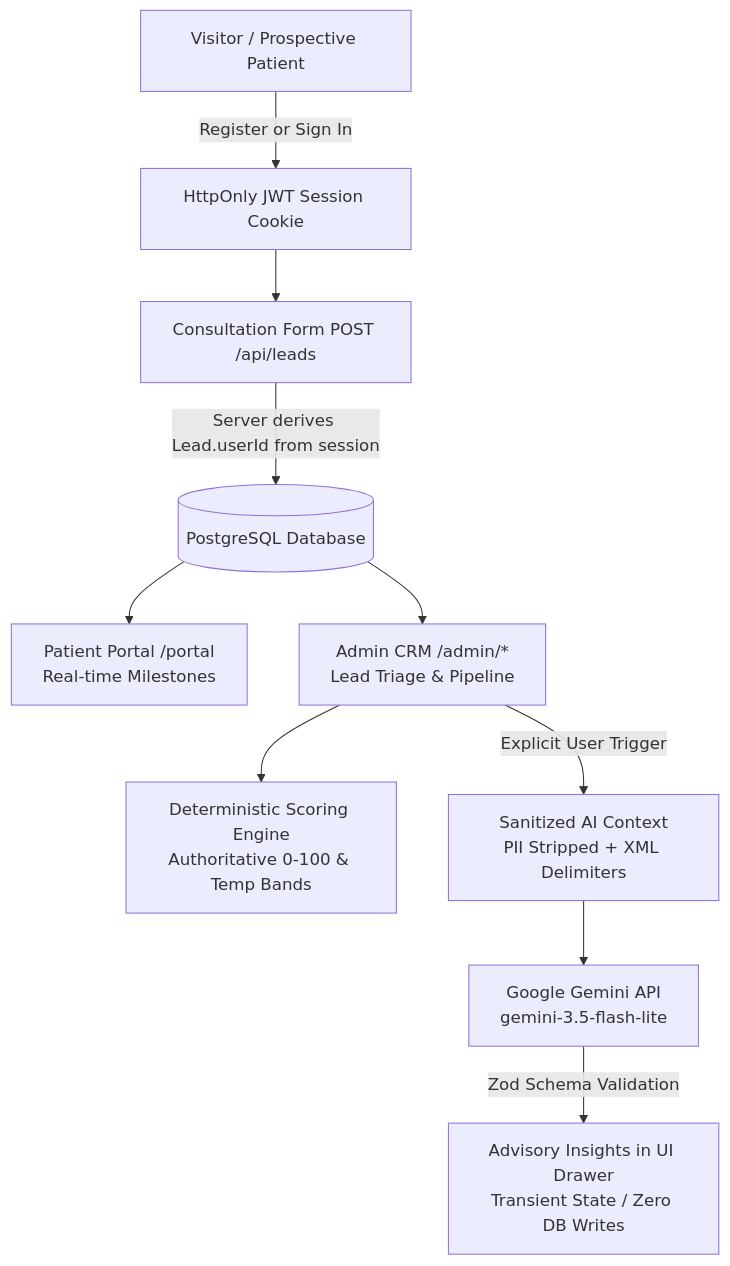
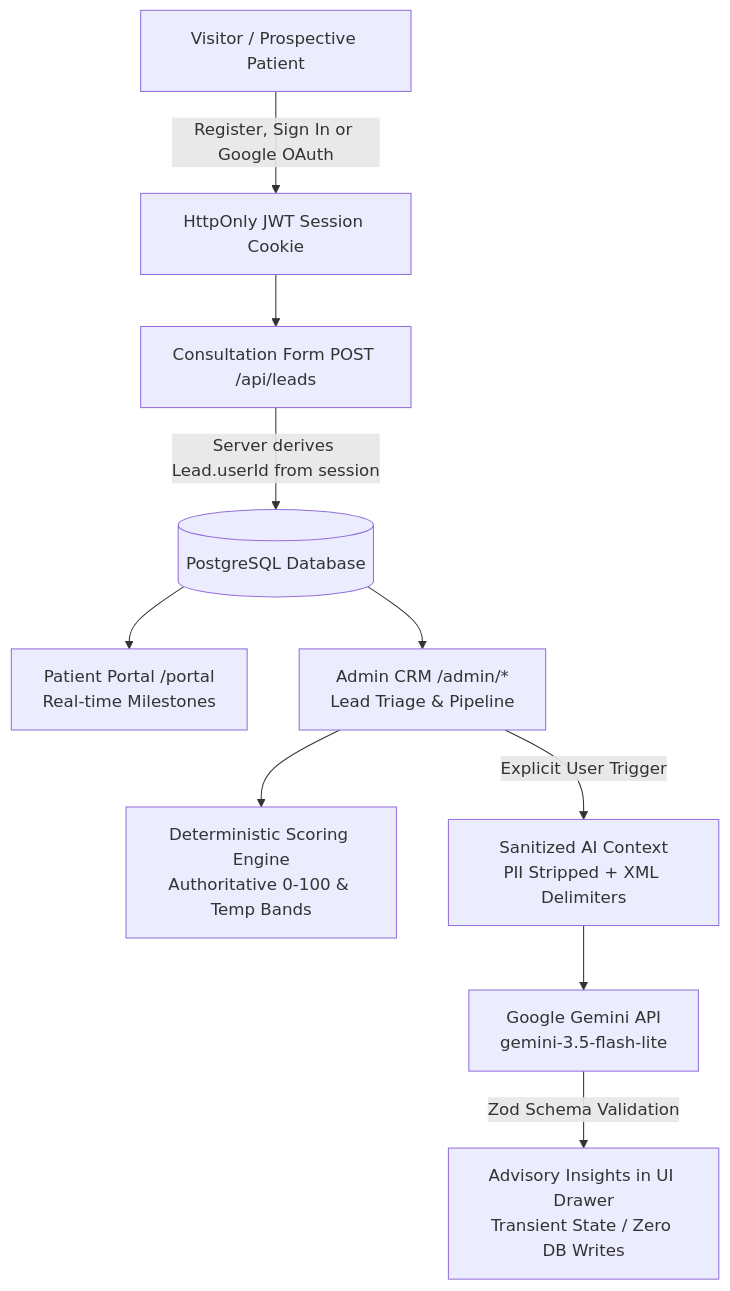
One commit to AyshaUrmi0/ai-leadflow changed the diagram in README.md. Above: the diagram before and after it, drawn with Mermaid. The commit also changed other lines of this file, not shown here.

First line of the commit message:
docs(readme): document Google OAuth, Docker, Playwright and CI

````diff
--- a/README.md
+++ b/README.md
@@ -22,12 +22,12 @@
 ```mermaid
 flowchart TD
-    A[Visitor / Prospective Patient] -->|Register or Sign In| B[HttpOnly JWT Session Cookie]
+    A[Visitor / Prospective Patient] -->|Register, Sign In or Google OAuth| B[HttpOnly JWT Session Cookie]
     B --> C[Consultation Form POST /api/leads]
     C -->|Server derives Lead.userId from session| D[(PostgreSQL Database)]
     D --> E[Patient Portal /portal\nReal-time Milestones]
     D --> F[Admin CRM /admin/*\nLead Triage & Pipeline]
     F --> G[Deterministic Scoring Engine\nAuthoritative 0-100 & Temp Bands]
     F -->|Explicit User Trigger| H[Sanitized AI Context\nPII Stripped + XML Delimiters]
     H --> I[Google Gemini API\ngemini-3.5-flash-lite]
     I -->|Zod Schema Validation| J[Advisory Insights in UI Drawer\nTransient State / Zero DB Writes]
 ```
````
